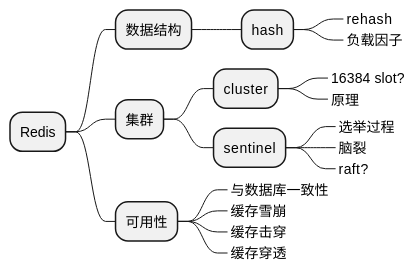
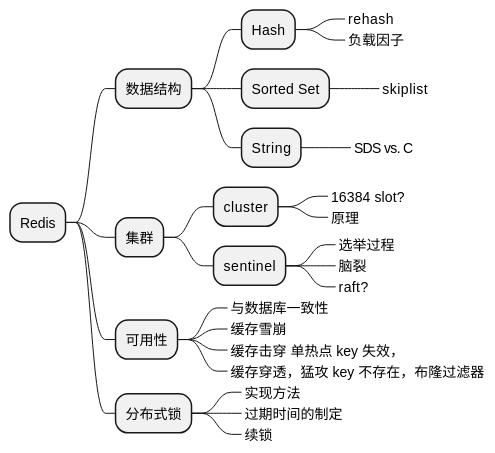
Before and after one commit to Gh0st99/Gh0st99.github.io: the fourth of 4 diagrams in _posts/2021-05-27-查漏补缺.md, drawn with PlantUML. The commit also changed other lines of this file, not shown here.

````diff
--- a/_posts/2021-05-27-查漏补缺.md
+++ b/_posts/2021-05-27-查漏补缺.md
@@ -13,28 +109,36 @@
 ```plantuml
 @startmindmap
 * Redis
 ** 数据结构
-*** hash
+*** Hash
 ****_ rehash
 ****_ 负载因子
-
+*** Sorted Set
+****_ skiplist
+*** String
+****_ SDS vs. C
 
 
 ** 集群
 *** cluster
 ****_ 16384 slot?
 ****_ 原理
 
 *** sentinel
 ****_ 选举过程
 ****_ 脑裂
 ****_ raft?
 
 ** 可用性
 ***_ 与数据库一致性
 ***_ 缓存雪崩
-***_ 缓存击穿
-***_ 缓存穿透
+***_ 缓存击穿 单热点 key 失效，
+***_ 缓存穿透，猛攻 key 不存在，布隆过滤器
+
+** 分布式锁
+***_ 实现方法
+***_ 过期时间的制定
+***_ 续锁
 
 @endmindmap
 ```
````
